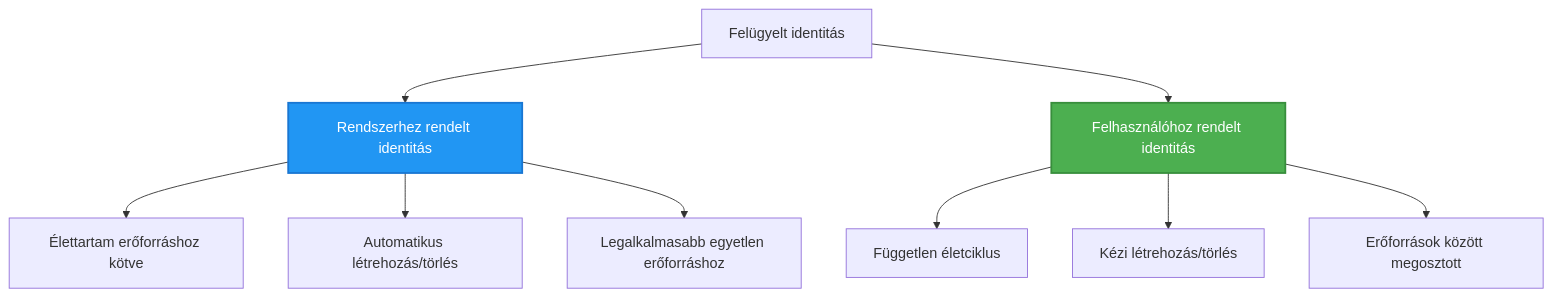
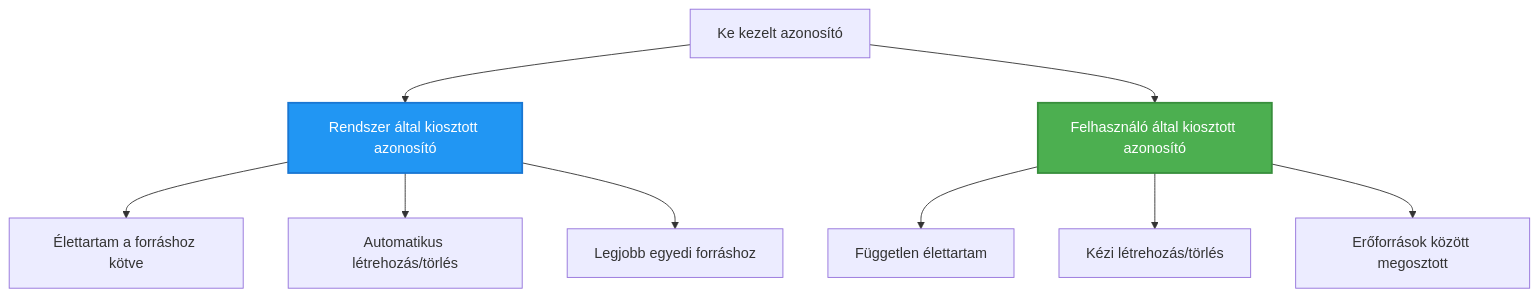
One commit to microsoft/AZD-for-beginners changed the second of 2 diagrams in translations/hu/docs/chapter-03-configuration/authsecurity.md. Above: the diagram before and after it, drawn with Mermaid. The commit also changed other lines of this file and 101 other files, not shown here.

````diff
--- a/translations/hu/docs/chapter-03-configuration/authsecurity.md
+++ b/translations/hu/docs/chapter-03-configuration/authsecurity.md
@@ -97,20 +97,20 @@
 ```mermaid
 graph TB
-    MI[Felügyelt identitás]
-    SystemAssigned[Rendszerhez rendelt identitás]
-    UserAssigned[Felhasználóhoz rendelt identitás]
+    MI[Ke kezelt azonosító]
+    SystemAssigned[Rendszer által kiosztott azonosító]
+    UserAssigned[Felhasználó által kiosztott azonosító]
     
     MI --> SystemAssigned
     MI --> UserAssigned
     
-    SystemAssigned --> SA1[Élettartam erőforráshoz kötve]
+    SystemAssigned --> SA1[Élettartam a forráshoz kötve]
     SystemAssigned --> SA2[Automatikus létrehozás/törlés]
-    SystemAssigned --> SA3[Legalkalmasabb egyetlen erőforráshoz]
+    SystemAssigned --> SA3[Legjobb egyedi forráshoz]
     
-    UserAssigned --> UA1[Független életciklus]
+    UserAssigned --> UA1[Független élettartam]
     UserAssigned --> UA2[Kézi létrehozás/törlés]
     UserAssigned --> UA3[Erőforrások között megosztott]
     
     style SystemAssigned fill:#2196F3,stroke:#1976D2,stroke-width:2px,color:#fff
     style UserAssigned fill:#4CAF50,stroke:#388E3C,stroke-width:2px,color:#fff
 ```
````
